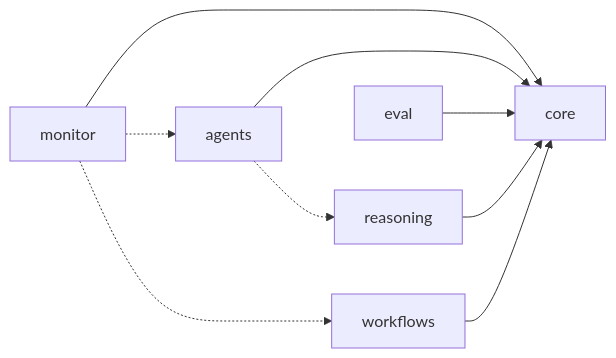
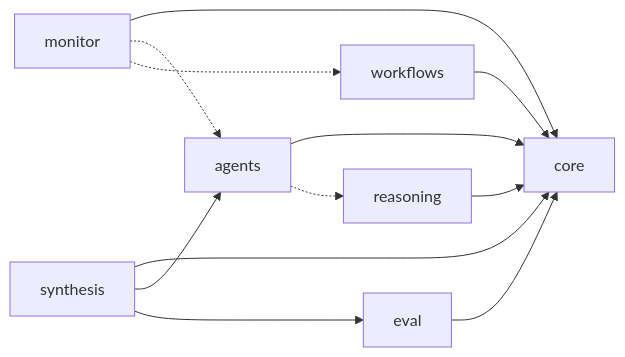
The second of 2 diagrams in src/AGENTS.md (NikolasMarkou/fsm_llm), drawn with Mermaid before and after one commit. The commit also changed other lines of this file and 11 other files, not shown here.

````diff
--- a/src/AGENTS.md
+++ b/src/AGENTS.md
@@ -36,11 +36,14 @@
 ```mermaid
 flowchart LR
     reasoning --> core
     workflows --> core
     agents --> core
     agents -.-> reasoning
     monitor --> core
     monitor -.-> agents
     monitor -.-> workflows
     eval --> core
+    synthesis --> core
+    synthesis --> agents
+    synthesis --> eval
 ```
````
